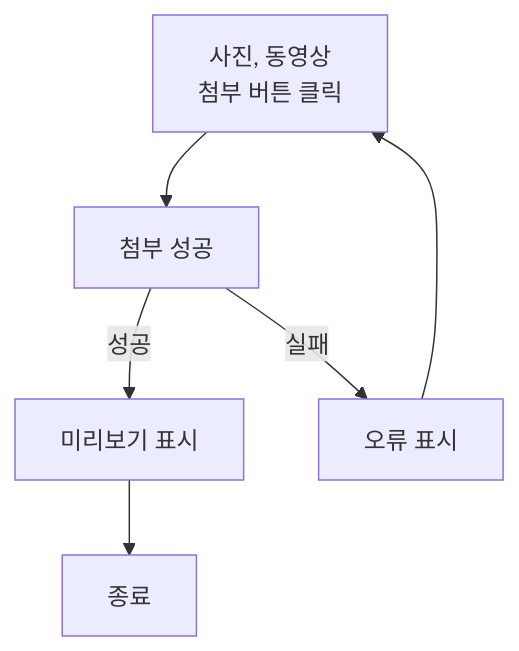
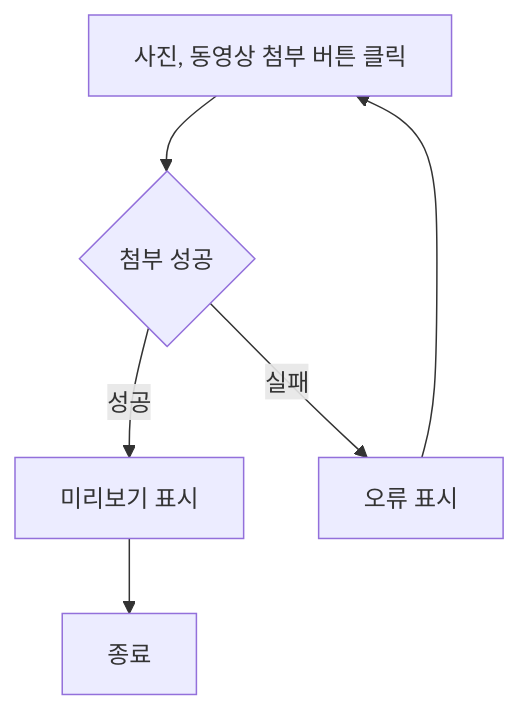
One commit to Dev-FE-2/3_swim_diary changed the second of 22 diagrams in design/기능정의서.md. Above: the diagram before and after it, drawn with Mermaid. The commit also changed other lines of this file, not shown here.

Commit message:
다이어그램수정#2

````diff
--- a/design/기능정의서.md
+++ b/design/기능정의서.md
@@ -47,8 +47,8 @@
-```mermaid
-flowchart TD
-C[사진, 동영상\n첨부 버튼 클릭]
-G[종료]
-C --> C1[첨부 성공]
-C1 -- 성공 --> C3[미리보기 표시] --> G
-C1 -- 실패 --> C2[오류 표시] --> C
-```
+    ```mermaid
+    flowchart TD
+    C[사진, 동영상 첨부 버튼 클릭]
+    G[종료]
+    C --> C1{첨부 성공}
+    C1 -- 성공 --> C3[미리보기 표시] --> G
+    C1 -- 실패 --> C2[오류 표시] --> C
+    ```
````
